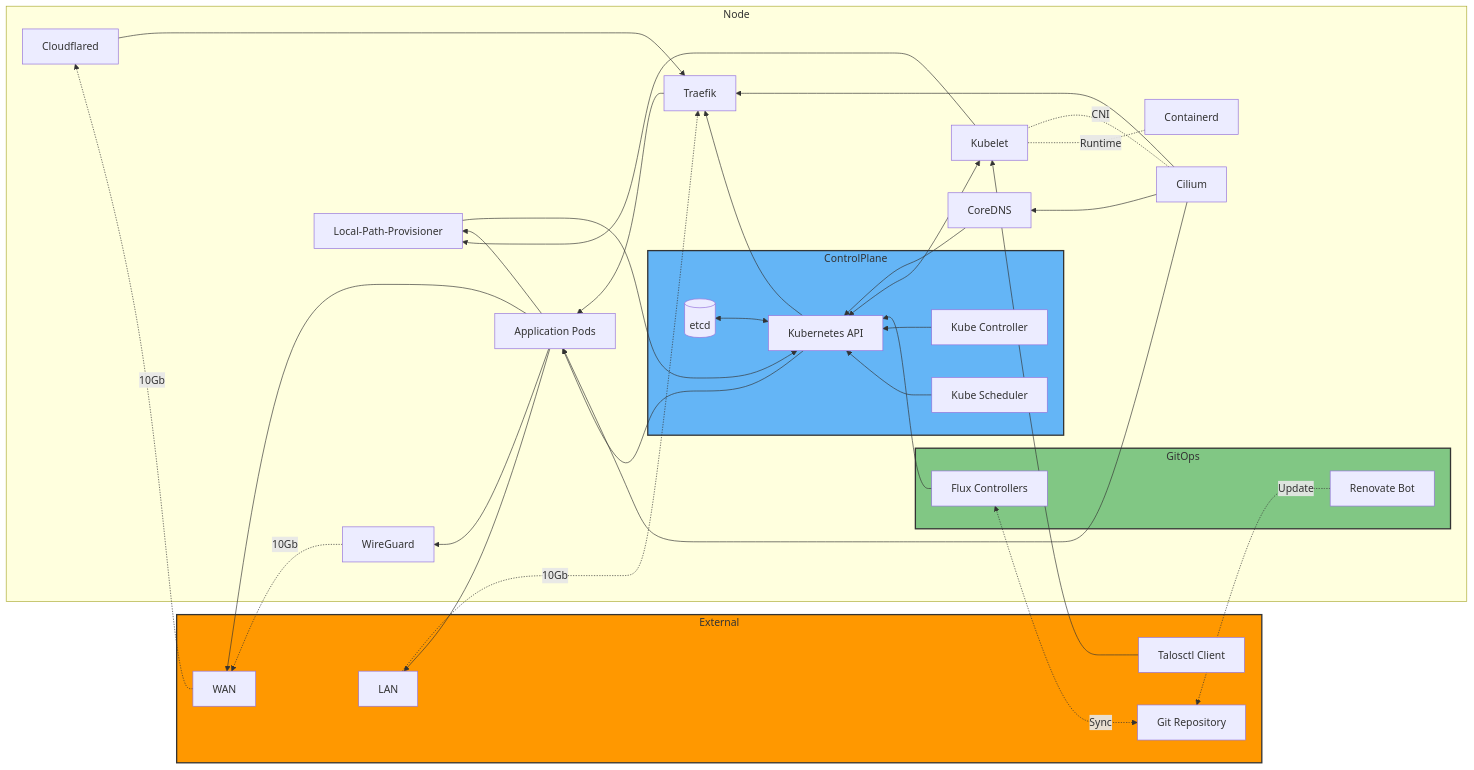
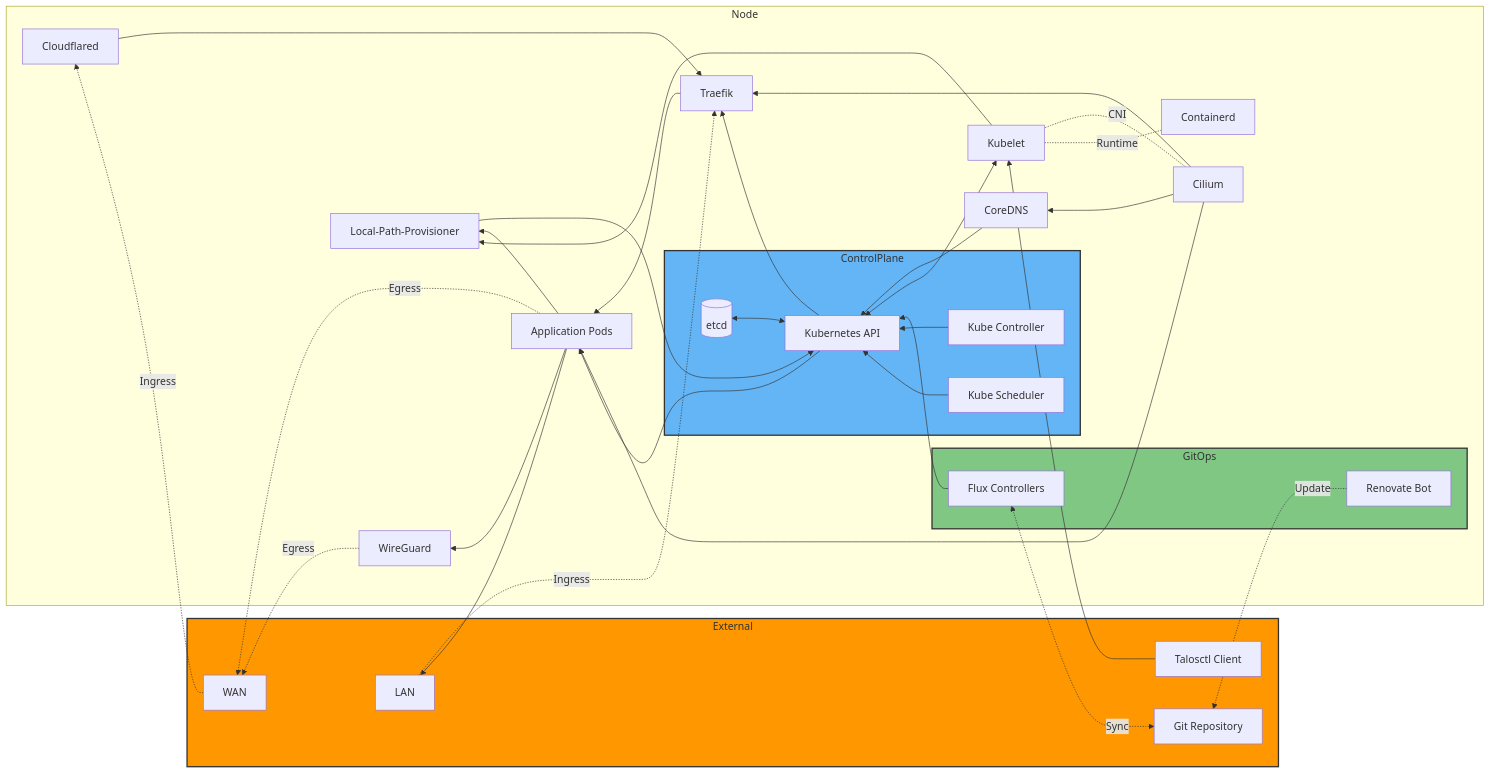
One commit to 0x4272616E646F6E/homelab changed the diagram in README.md. Above: the diagram before and after it, drawn with Mermaid.

````diff
--- a/README.md
+++ b/README.md
@@ -45,72 +45,72 @@
 ```mermaid
 flowchart RL
   %% External
   subgraph External
     GIT[Git Repository]
     USER[Talosctl Client]
     LOCALNET[LAN]
     NET[WAN]
   end
 
   %% Node
   subgraph Node
     subgraph ControlPlane
       APIS[Kubernetes API]
       ETCD[(etcd)]
       SCHED[Kube Scheduler]
       KCM[Kube Controller]
     end
     
     KUBE[Kubelet]
     CRI[Containerd]
     CIL[Cilium]
     DNS[CoreDNS]
     TRF[Traefik]
     CFD[Cloudflared]
     WRG[WireGuard]
     LPP[Local-Path-Provisioner]
     APP[Application Pods]
     
     subgraph GitOps
       FLUX[Flux Controllers]
       REN[Renovate Bot]
     end
   end
 
   APIS <--> ETCD
   SCHED --> APIS
   KCM --> APIS
 
   GIT <-. Sync .-> FLUX
   REN -. Update .-> GIT
   FLUX --> APIS
 
   KUBE <--> APIS
   CRI -. Runtime .- KUBE
   CIL -. CNI .- KUBE
   DNS --> APIS
   APIS --> TRF
   CFD --> TRF
-  NET -. 10Gb .-> CFD
-  LOCALNET -. 10Gb .-> TRF
+  NET -. Ingress .-> CFD
+  LOCALNET -. Ingress .-> TRF
   CIL --> DNS
   CIL --> TRF
-  WRG -. 10Gb .-> NET
+  WRG -. Egress .-> NET
   LPP --> APIS
   KUBE --> LPP
   APIS --> APP
   CIL --> APP
   TRF --> APP
   APP --> LPP
   APP --> LOCALNET
-  APP --> NET
+  APP -. Egress .-> NET
   APP --> WRG
 
   %% Talos management
   USER --> KUBE
   
   %% Styling
   style External fill:#ff9800,stroke:#333,stroke-width:2px
   style ControlPlane fill:#64b5f6,stroke:#333,stroke-width:2px
   style GitOps fill:#81c784,stroke:#333,stroke-width:2px
 ```
````
